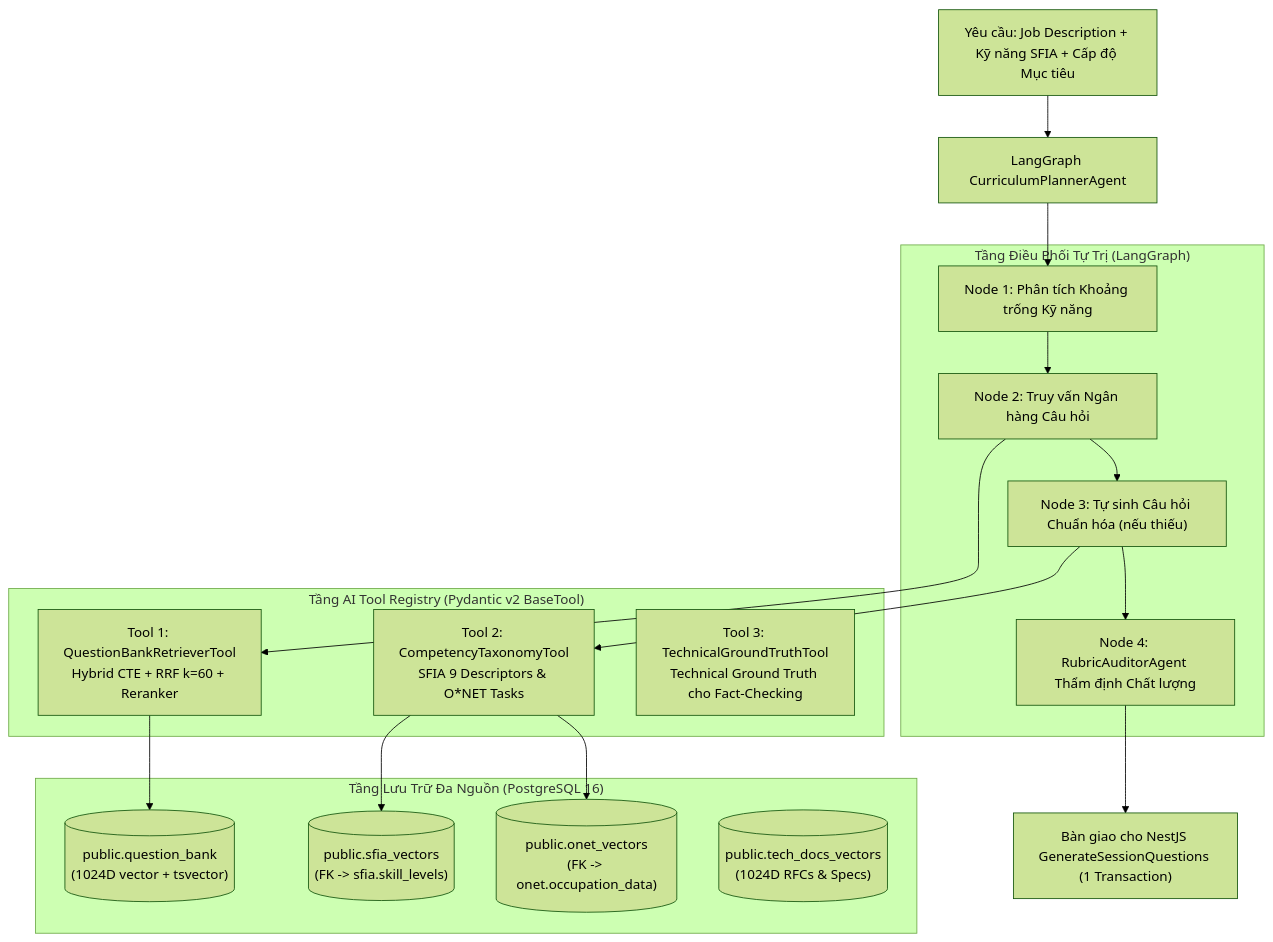
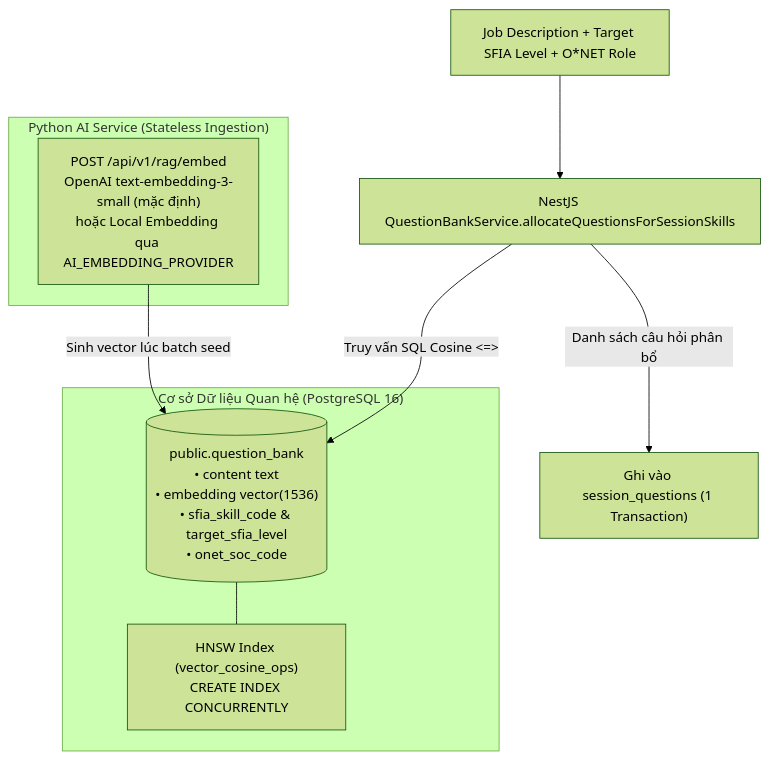
Before and after one commit to lethanhan01/interview-coach: the diagram in docs/refactor-docs/02_PHASE_2_PGVECTOR_HYBRID_RAG/00_PHASE_2_OVERVIEW_AND_ARCHITECTURE.md, drawn with Mermaid (forest theme). The commit also changed other lines of this file and 34 other files, not shown here.

````diff
--- a/docs/refactor-docs/02_PHASE_2_PGVECTOR_HYBRID_RAG/00_PHASE_2_OVERVIEW_AND_ARCHITECTURE.md
+++ b/docs/refactor-docs/02_PHASE_2_PGVECTOR_HYBRID_RAG/00_PHASE_2_OVERVIEW_AND_ARCHITECTURE.md
@@ -18,35 +18,18 @@
 ```mermaid
 graph TD
-    JD["Yêu cầu: Job Description + Kỹ năng SFIA + Cấp độ Mục tiêu"] --> AgentRouter["LangGraph CurriculumPlannerAgent"]
+    JD["Job Description + Target SFIA Level + O*NET Role"] --> NestAlloc["NestJS QuestionBankService.allocateQuestionsForSessionSkills"]
     
-    subgraph MultiCorpusStorage["Tầng Lưu Trữ Đa Nguồn (PostgreSQL 16)"]
-        QB[("public.question_bank<br/>(1024D vector + tsvector)")]
-        SFIAVec[("public.sfia_vectors<br/>(FK -> sfia.skill_levels)")]
-        ONETVec[("public.onet_vectors<br/>(FK -> onet.occupation_data)")]
-        TechVec[("public.tech_docs_vectors<br/>(1024D RFCs & Specs)")]
+    subgraph Storage["Cơ sở Dữ liệu Quan hệ (PostgreSQL 16)"]
+        QB[("public.question_bank<br/>• content text<br/>• embedding vector(1536)<br/>• sfia_skill_code & target_sfia_level<br/>• onet_soc_code")]
+        HNSWIndex["HNSW Index (vector_cosine_ops)<br/>CREATE INDEX CONCURRENTLY"]
     end
 
-    subgraph ToolRegistry["Tầng AI Tool Registry (Pydantic v2 BaseTool)"]
-        Tool1["Tool 1: QuestionBankRetrieverTool<br/>Hybrid CTE + RRF k=60 + Reranker"]
-        Tool2["Tool 2: CompetencyTaxonomyTool<br/>SFIA 9 Descriptors & O*NET Tasks"]
-        Tool3["Tool 3: TechnicalGroundTruthTool<br/>Technical Ground Truth cho Fact-Checking"]
+    subgraph AIService["Python AI Service (Stateless Ingestion)"]
+        EmbedAPI["POST /api/v1/rag/embed<br/>OpenAI text-embedding-3-small (mặc định)<br/>hoặc Local Embedding qua AI_EMBEDDING_PROVIDER"]
     end
 
-    subgraph AgenticGraph["Tầng Điều Phối Tự Trị (LangGraph)"]
-        NodePlan["Node 1: Phân tích Khoảng trống Kỹ năng"]
-        NodeSearch["Node 2: Truy vấn Ngân hàng Câu hỏi"]
-        NodeGen["Node 3: Tự sinh Câu hỏi Chuẩn hóa (nếu thiếu)"]
-        NodeAudit["Node 4: RubricAuditorAgent Thẩm định Chất lượng"]
-    end
-
-    AgentRouter --> NodePlan
-    NodePlan --> NodeSearch
-    NodeSearch --> Tool1
-    Tool1 --> QB
-    NodeSearch --> NodeGen
-    NodeGen --> Tool2
-    Tool2 --> SFIAVec
-    Tool2 --> ONETVec
-    NodeGen --> NodeAudit
-    NodeAudit --> Output["Bàn giao cho NestJS GenerateSessionQuestions (1 Transaction)"]
+    NestAlloc -->|"Truy vấn SQL Cosine <=>"| QB
+    QB --- HNSWIndex
+    EmbedAPI -->|"Sinh vector lúc batch seed"| QB
+    NestAlloc -->|"Danh sách câu hỏi phân bổ"| Output["Ghi vào session_questions (1 Transaction)"]
 ```
````
